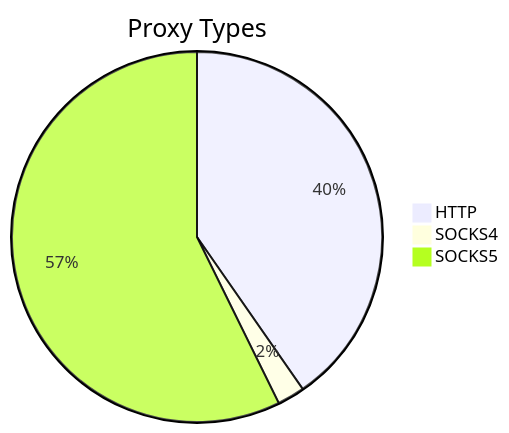
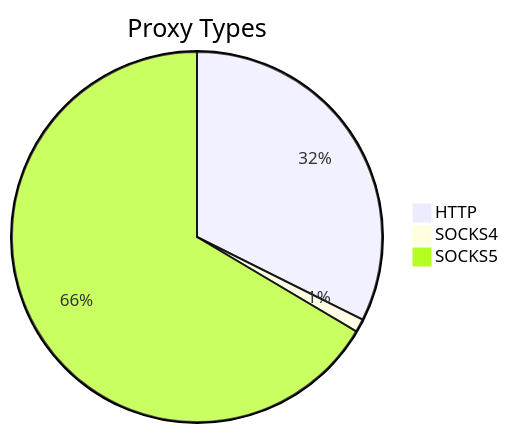
The first of 2 diagrams in README.md (stormsia/proxy-list), drawn with Mermaid before and after one commit. The commit also changed other lines of this file, not shown here.

````diff
--- a/README.md
+++ b/README.md
@@ -21,6 +21,6 @@
 ```mermaid
 pie title Proxy Types
-    "HTTP" : 1332
-    "SOCKS4" : 79
-    "SOCKS5" : 1892
+    "HTTP" : 787
+    "SOCKS4" : 28
+    "SOCKS5" : 1617
 ```
````
